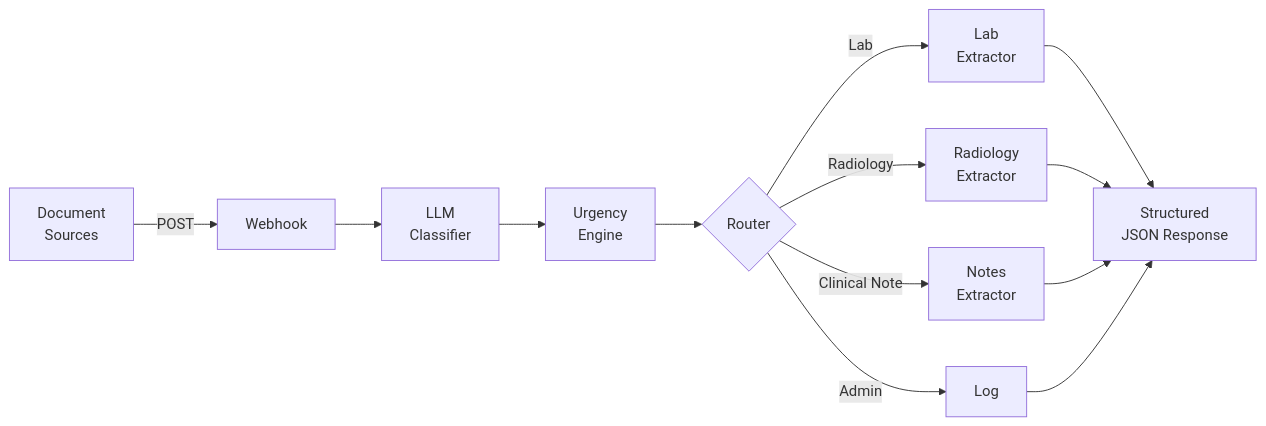
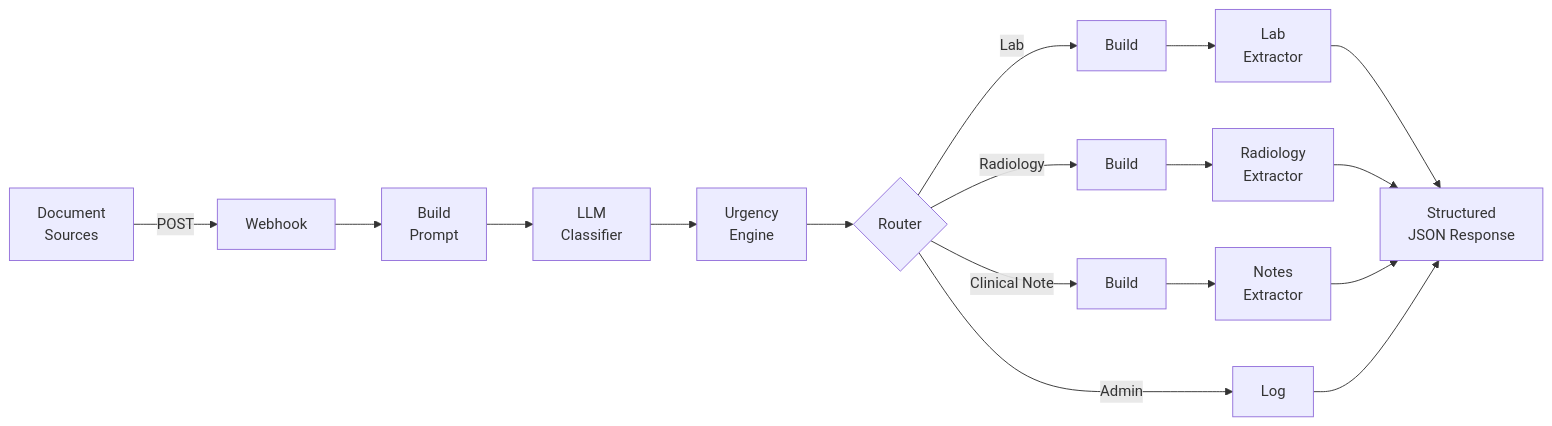
The diagram in README.md (solfloreslab/clinical-doc-router), drawn with Mermaid before and after one commit. The commit also changed other lines of this file and 3 other files, not shown here.

First line of the commit message:
feat: add Build Prompt pattern and update workflow to 19 nodes

````diff
--- a/README.md
+++ b/README.md
@@ -30,15 +30,16 @@
 ```mermaid
 graph LR
     A[Document<br/>Sources] -->|POST| B[Webhook]
-    B --> C[LLM<br/>Classifier]
+    B --> B2[Build<br/>Prompt]
+    B2 --> C[LLM<br/>Classifier]
     C --> D[Urgency<br/>Engine]
     D --> E{Router}
-    E -->|Lab| F[Lab<br/>Extractor]
-    E -->|Radiology| G[Radiology<br/>Extractor]
-    E -->|Clinical Note| H[Notes<br/>Extractor]
+    E -->|Lab| F1[Build] --> F[Lab<br/>Extractor]
+    E -->|Radiology| G1[Build] --> G[Radiology<br/>Extractor]
+    E -->|Clinical Note| H1[Build] --> H[Notes<br/>Extractor]
     E -->|Admin| I[Log]
     F --> J[Structured<br/>JSON Response]
     G --> J
     H --> J
     I --> J
 ```
````
